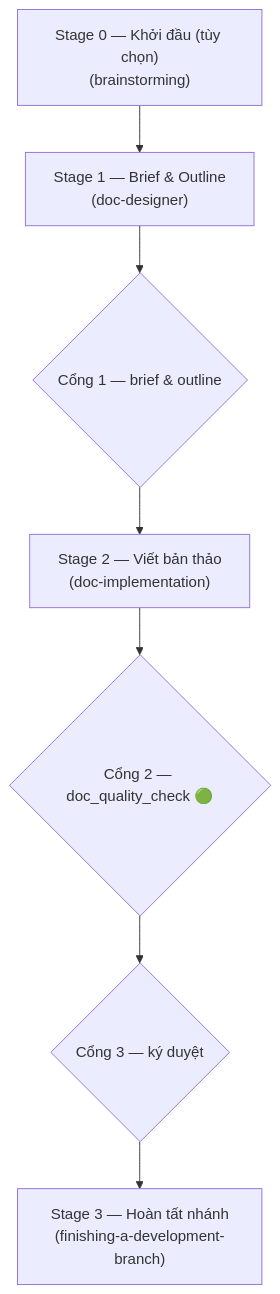
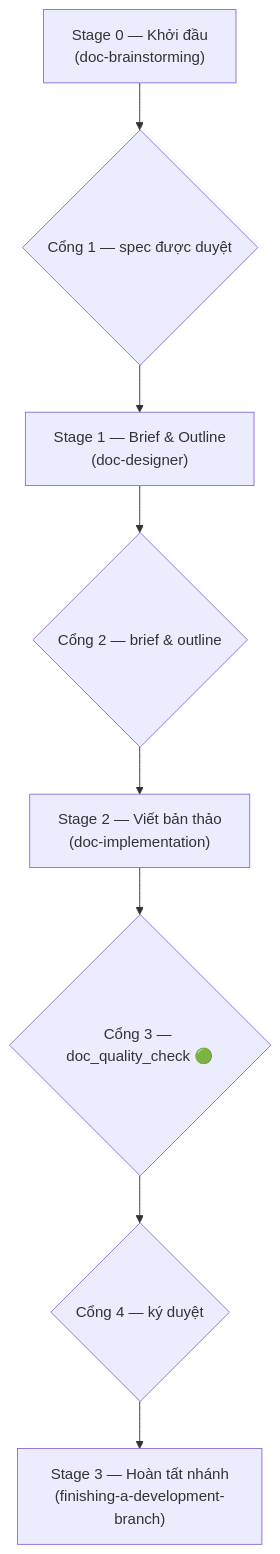
The second of 4 diagrams in docs/lifecycles.vi.md (DanhDue/ai-agent-tools), drawn with Mermaid before and after one commit. The commit also changed other lines of this file and 5 other files, not shown here.

````diff
--- a/docs/lifecycles.vi.md
+++ b/docs/lifecycles.vi.md
@@ -91,13 +97,13 @@
 ```mermaid
 flowchart TD
-    S0["Stage 0 — Khởi đầu (tùy chọn)<br/>(brainstorming)"]
+    S0["Stage 0 — Khởi đầu<br/>(doc-brainstorming)"]
+    G1{"Cổng 1 — spec được duyệt"}
     S1["Stage 1 — Brief &amp; Outline<br/>(doc-designer)"]
-    G1{"Cổng 1 — brief &amp; outline"}
+    G2{"Cổng 2 — brief &amp; outline"}
     S2["Stage 2 — Viết bản thảo<br/>(doc-implementation)"]
-    G2{"Cổng 2 — doc_quality_check 🟢"}
-    G3{"Cổng 3 — ký duyệt"}
+    G3{"Cổng 3 — doc_quality_check 🟢"}
+    G4{"Cổng 4 — ký duyệt"}
     S3["Stage 3 — Hoàn tất nhánh<br/>(finishing-a-development-branch)"]
 
-    S0 --> S1
-    S1 --> G1 --> S2 --> G2 --> G3 --> S3
+    S0 --> G1 --> S1 --> G2 --> S2 --> G3 --> G4 --> S3
 ```
````
